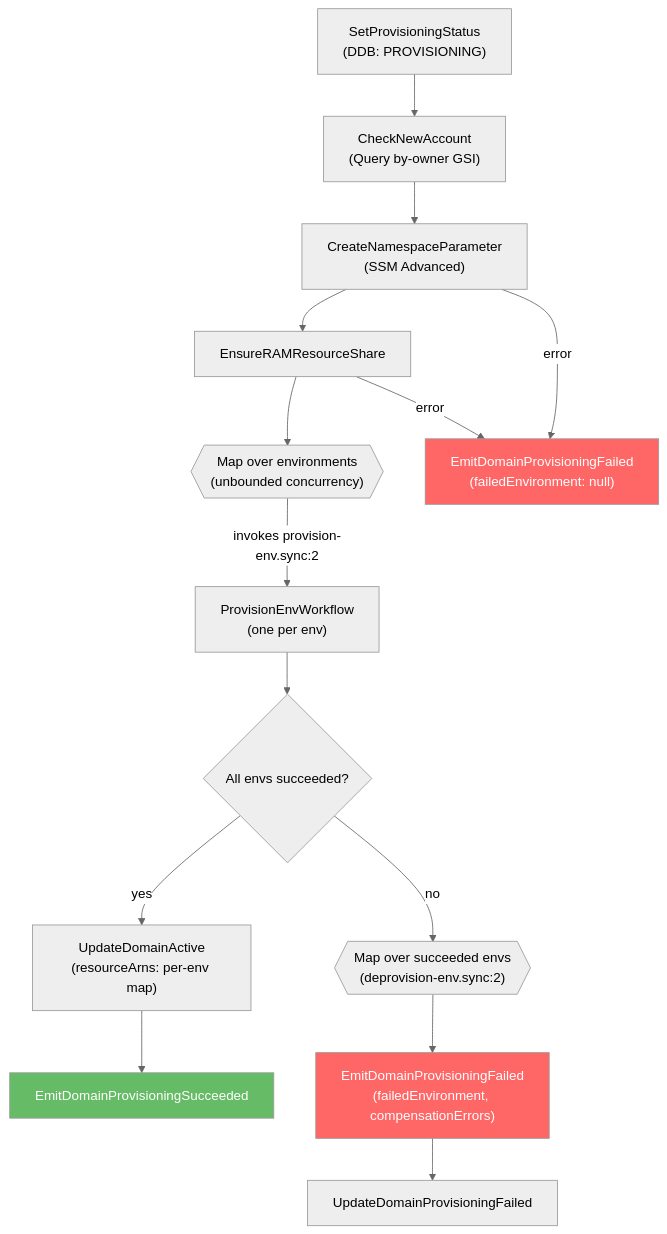
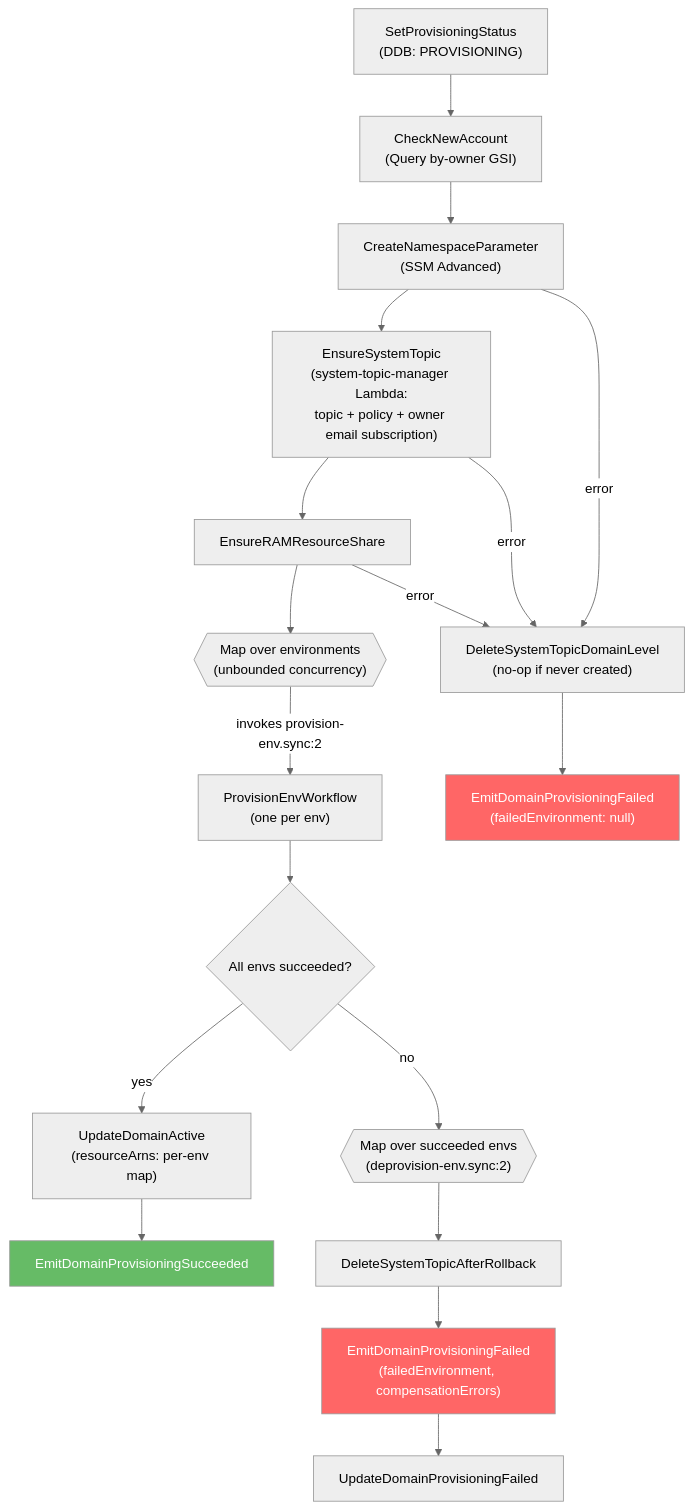
Before and after one commit to liedig/konductor4evb: the first of 2 diagrams in docs/architecture/provisioning.md, drawn with Mermaid (neutral theme). The commit also changed other lines of this file and 113 other files, not shown here.

````diff
--- a/docs/architecture/provisioning.md
+++ b/docs/architecture/provisioning.md
@@ -34,21 +34,25 @@
 ```mermaid
 graph TD
     start["SetProvisioningStatus<br/>(DDB: PROVISIONING)"] --> check["CheckNewAccount<br/>(Query by-owner GSI)"]
     check --> param["CreateNamespaceParameter<br/>(SSM Advanced)"]
-    param --> ramcheck["EnsureRAMResourceShare"]
+    param --> topic["EnsureSystemTopic<br/>(system-topic-manager Lambda:<br/>topic + policy + owner email subscription)"]
+    topic --> ramcheck["EnsureRAMResourceShare"]
     ramcheck --> mapenvs{{"Map over environments<br/>(unbounded concurrency)"}}
     mapenvs -->|invokes provision-env.sync:2| inner["ProvisionEnvWorkflow<br/>(one per env)"]
     inner --> envresult{"All envs succeeded?"}
     envresult -->|yes| update["UpdateDomainActive<br/>(resourceArns: per-env map)"]
     update --> emit["EmitDomainProvisioningSucceeded"]
     envresult -->|no| rollback{{"Map over succeeded envs<br/>(deprovision-env.sync:2)"}}
-    rollback --> failemit["EmitDomainProvisioningFailed<br/>(failedEnvironment, compensationErrors)"]
+    rollback --> topiccleanup["DeleteSystemTopicAfterRollback"]
+    topiccleanup --> failemit["EmitDomainProvisioningFailed<br/>(failedEnvironment, compensationErrors)"]
     failemit --> failupdate["UpdateDomainProvisioningFailed"]
 
-    param -->|"error"| domainfail["EmitDomainProvisioningFailed<br/>(failedEnvironment: null)"]
-    ramcheck -->|"error"| domainfail
+    param -->|"error"| cleanup["DeleteSystemTopicDomainLevel<br/>(no-op if never created)"]
+    topic -->|"error"| cleanup
+    ramcheck -->|"error"| cleanup
+    cleanup --> domainfail["EmitDomainProvisioningFailed<br/>(failedEnvironment: null)"]
 
     style emit fill:#6b6,color:#fff
     style failemit fill:#f66,color:#fff
     style domainfail fill:#f66,color:#fff
 ```
````
